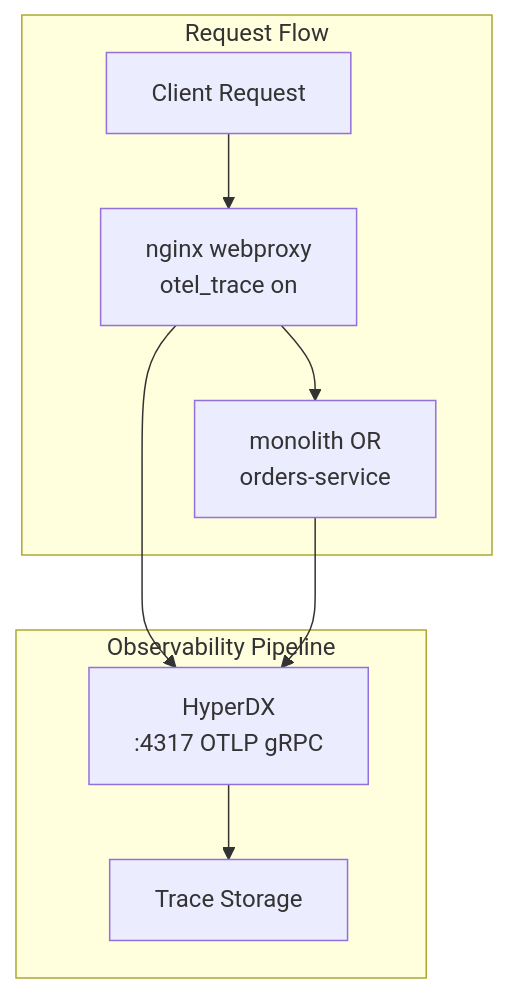
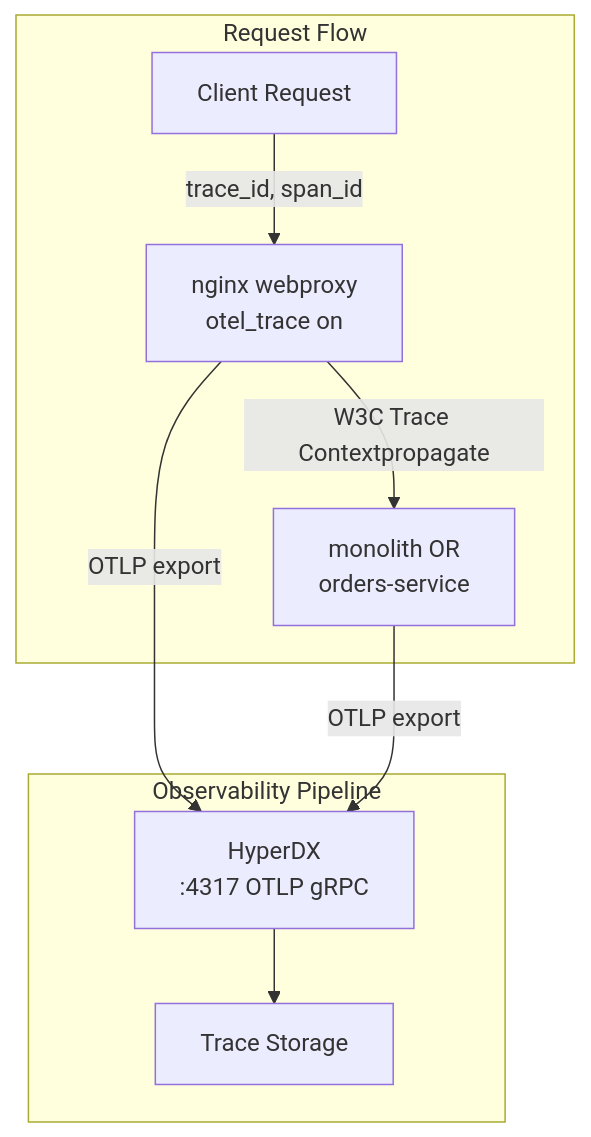
The fourth of 4 diagrams in docs/deepwiki/Traffic-Migration-Strategy.md (philipz/spring-modular-monolith), drawn with Mermaid before and after one commit. The commit also changed other lines of this file and 55 other files, not shown here.

````diff
--- a/docs/deepwiki/Traffic-Migration-Strategy.md
+++ b/docs/deepwiki/Traffic-Migration-Strategy.md
@@ -255,26 +255,26 @@
 ```mermaid
 flowchart TD
 
 Client["Client Request"]
 Nginx["nginx webproxy<br>otel_trace on"]
 Backend["monolith OR<br>orders-service"]
 HyperDX["HyperDX<br>:4317 OTLP gRPC"]
 Traces["Trace Storage"]
 
-Nginx --> HyperDX
-Backend --> HyperDX
+Nginx -->|"OTLP export"| HyperDX
+Backend -->|"OTLP export"| HyperDX
 
 subgraph subGraph1 ["Observability Pipeline"]
     HyperDX
     Traces
     HyperDX --> Traces
 end
 
 subgraph subGraph0 ["Request Flow"]
     Client
     Nginx
     Backend
-    Client --> Nginx
-    Nginx --> Backend
+    Client -->|"trace_id, span_id"| Nginx
+    Nginx -->|"W3C Trace Contextpropagate"| Backend
 end
 ```
````
